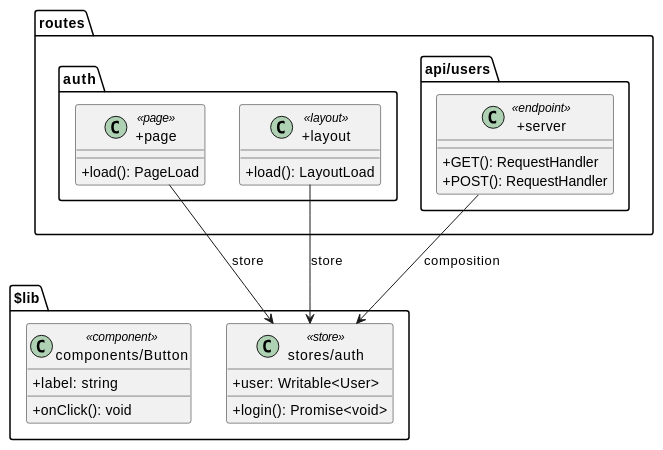
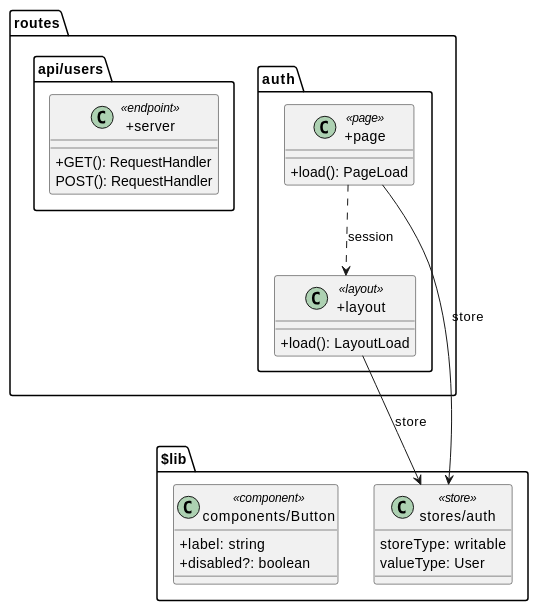
Before and after one commit to Jonathangadeaharder/svelteuml: the second of 2 diagrams in README.md, drawn with PlantUML. The commit also changed other lines of this file, not shown here.

````diff
--- a/README.md
+++ b/README.md
@@ -153,37 +251,37 @@
 ```plantuml
-@startuml
+@startuml Diagram
 skinparam classAttributeIconSize 0
 
 package "routes" {
   package "(auth)" {
     class "+page" <<page>> {
       +load(): PageLoad
     }
     class "+layout" <<layout>> {
       +load(): LayoutLoad
     }
   }
   package "api/users" {
     class "+server" <<endpoint>> {
       +GET(): RequestHandler
-      +POST(): RequestHandler
+      POST(): RequestHandler
     }
   }
 }
 
 package "$lib" {
   class "stores/auth" <<store>> {
-    +user: Writable<User>
-    +login(): Promise<void>
+    storeType: writable
+    valueType: User
   }
   class "components/Button" <<component>> {
     +label: string
-    +onClick(): void
+    +disabled?: boolean
   }
 }
 
 "+page" --> "stores/auth" : store
 "+layout" --> "stores/auth" : store
-"+server" --> "stores/auth" : composition
+"+page" ..> "+layout" : session
 @enduml
 ```
````
